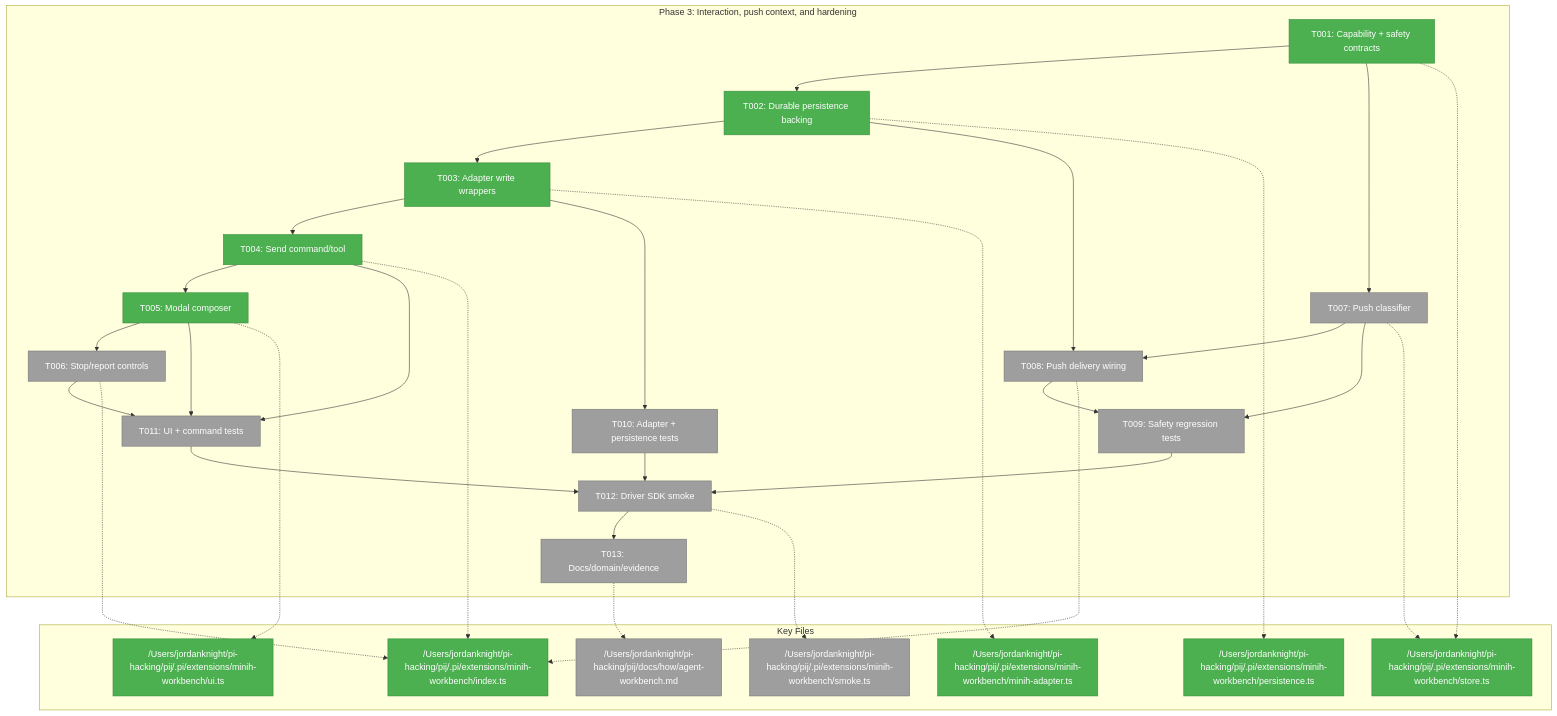
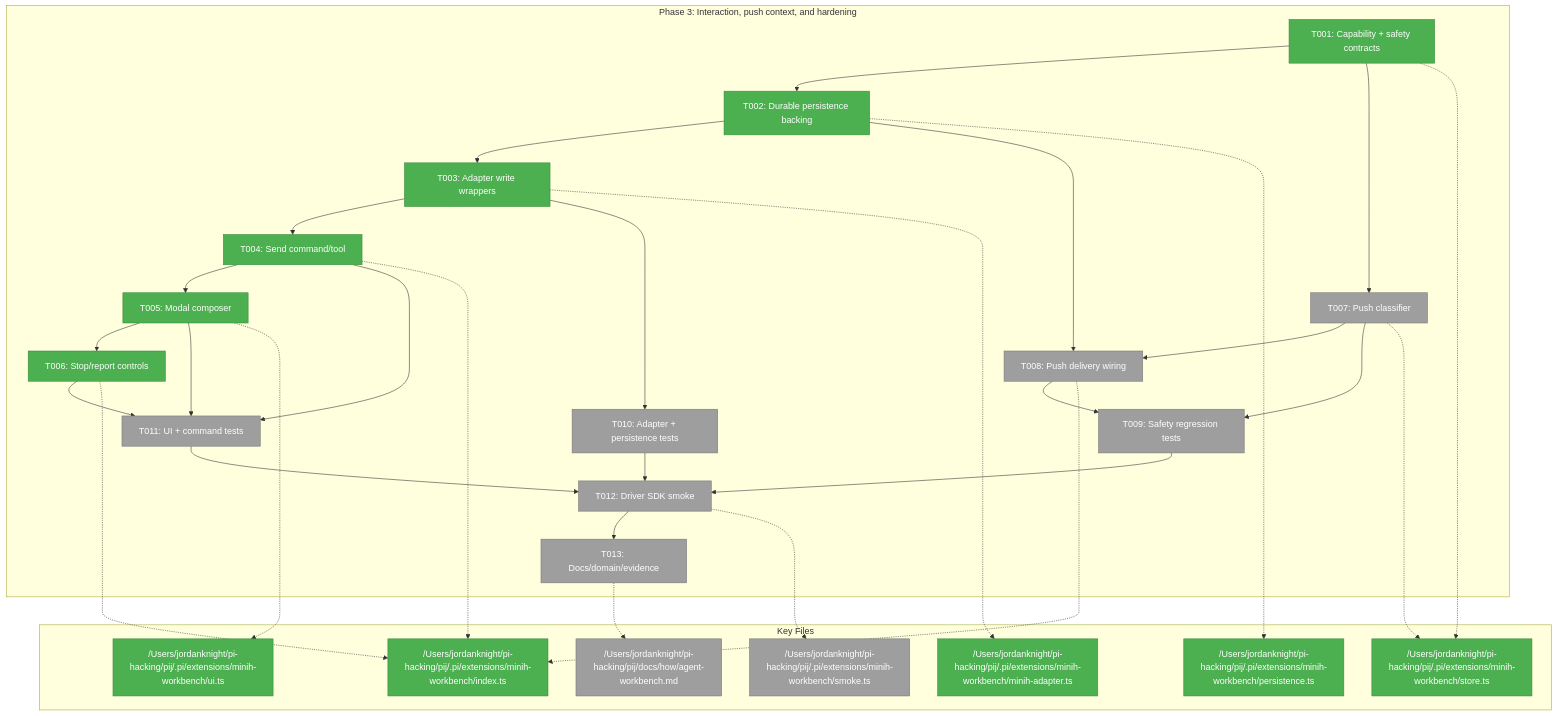
One commit to vaughanknight/pij changed the first of 3 diagrams in docs/plans/007-options-for-pi-extensions-that-do-subagents/tasks/phase-3-interaction-push-context-and-hardening/tasks.md. Above: the diagram before and after it, drawn with Mermaid. The commit also changed other lines of this file and 5 other files, not shown here.

Commit message:
feat(minih): add confirmed stop controls

````diff
--- a/docs/plans/007-options-for-pi-extensions-that-do-subagents/tasks/phase-3-interaction-push-context-and-hardening/tasks.md
+++ b/docs/plans/007-options-for-pi-extensions-that-do-subagents/tasks/phase-3-interaction-push-context-and-hardening/tasks.md
@@ -183,55 +183,55 @@
 ```mermaid
 flowchart TD
     classDef pending fill:#9E9E9E,stroke:#757575,color:#fff
     classDef inprogress fill:#FFC107,stroke:#FFA000,color:#000
     classDef completed fill:#4CAF50,stroke:#388E3C,color:#fff
 
     subgraph Phase["Phase 3: Interaction, push context, and hardening"]
         T001["T001: Capability + safety contracts"]:::completed
         T002["T002: Durable persistence backing"]:::completed
         T003["T003: Adapter write wrappers"]:::completed
         T004["T004: Send command/tool"]:::completed
         T005["T005: Modal composer"]:::completed
-        T006["T006: Stop/report controls"]:::pending
+        T006["T006: Stop/report controls"]:::completed
         T007["T007: Push classifier"]:::pending
         T008["T008: Push delivery wiring"]:::pending
         T009["T009: Safety regression tests"]:::pending
         T010["T010: Adapter + persistence tests"]:::pending
         T011["T011: UI + command tests"]:::pending
         T012["T012: Driver SDK smoke"]:::pending
         T013["T013: Docs/domain/evidence"]:::pending
         T001 --> T002 --> T003 --> T004 --> T005 --> T006
         T001 --> T007 --> T008
         T002 --> T008
         T003 --> T010
         T004 --> T011
         T005 --> T011
         T006 --> T011
         T007 --> T009
         T008 --> T009
         T009 --> T012 --> T013
         T010 --> T012
         T011 --> T012
     end
 
     subgraph Files["Key Files"]
         F1["/Users/jordanknight/pi-hacking/pij/.pi/extensions/minih-workbench/store.ts"]:::completed
         F2["/Users/jordanknight/pi-hacking/pij/.pi/extensions/minih-workbench/persistence.ts"]:::completed
         F3["/Users/jordanknight/pi-hacking/pij/.pi/extensions/minih-workbench/minih-adapter.ts"]:::completed
         F4["/Users/jordanknight/pi-hacking/pij/.pi/extensions/minih-workbench/index.ts"]:::completed
         F5["/Users/jordanknight/pi-hacking/pij/.pi/extensions/minih-workbench/ui.ts"]:::completed
         F6["/Users/jordanknight/pi-hacking/pij/.pi/extensions/minih-workbench/smoke.ts"]:::pending
         F7["/Users/jordanknight/pi-hacking/pij/docs/how/agent-workbench.md"]:::pending
     end
 
     T001 -.-> F1
     T002 -.-> F2
     T003 -.-> F3
     T004 -.-> F4
     T005 -.-> F5
     T006 -.-> F4
     T007 -.-> F1
     T008 -.-> F4
     T012 -.-> F6
     T013 -.-> F7
 ```
````
